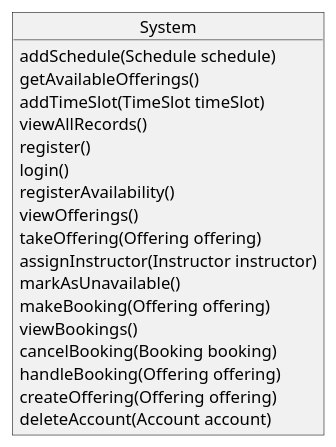
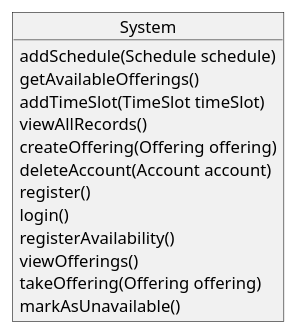
Before and after one commit to FrancoDominguez/SOEN342-project: the diagram in Documentation/SystemOperations.plantUML, drawn with PlantUML.

Commit message:
operations updated

```diff
--- a/Documentation/SystemOperations.plantUML
+++ b/Documentation/SystemOperations.plantUML
@@ -1,25 +1,23 @@
 @startuml SystemOperations
 
 object System {
     addSchedule(Schedule schedule)
     getAvailableOfferings()
     addTimeSlot(TimeSlot timeSlot)
     viewAllRecords()
+    createOffering(Offering offering)
+    deleteAccount(Account account)
     register()
     login()
     registerAvailability()
     viewOfferings()
     takeOffering(Offering offering)
-    assignInstructor(Instructor instructor)
     markAsUnavailable()
-    makeBooking(Offering offering)
-    viewBookings()
-    cancelBooking(Booking booking)
-    handleBooking(Offering offering)
-    createOffering(Offering offering)
-    deleteAccount(Account account)
-    
-    'cancel()'
+    'makeBooking(Offering offering)
+    'viewBookings()
+    'cancelBooking(Booking booking)
+    'handleBooking(Offering offering)
+    'cancel()
 }
 
 @enduml
```
